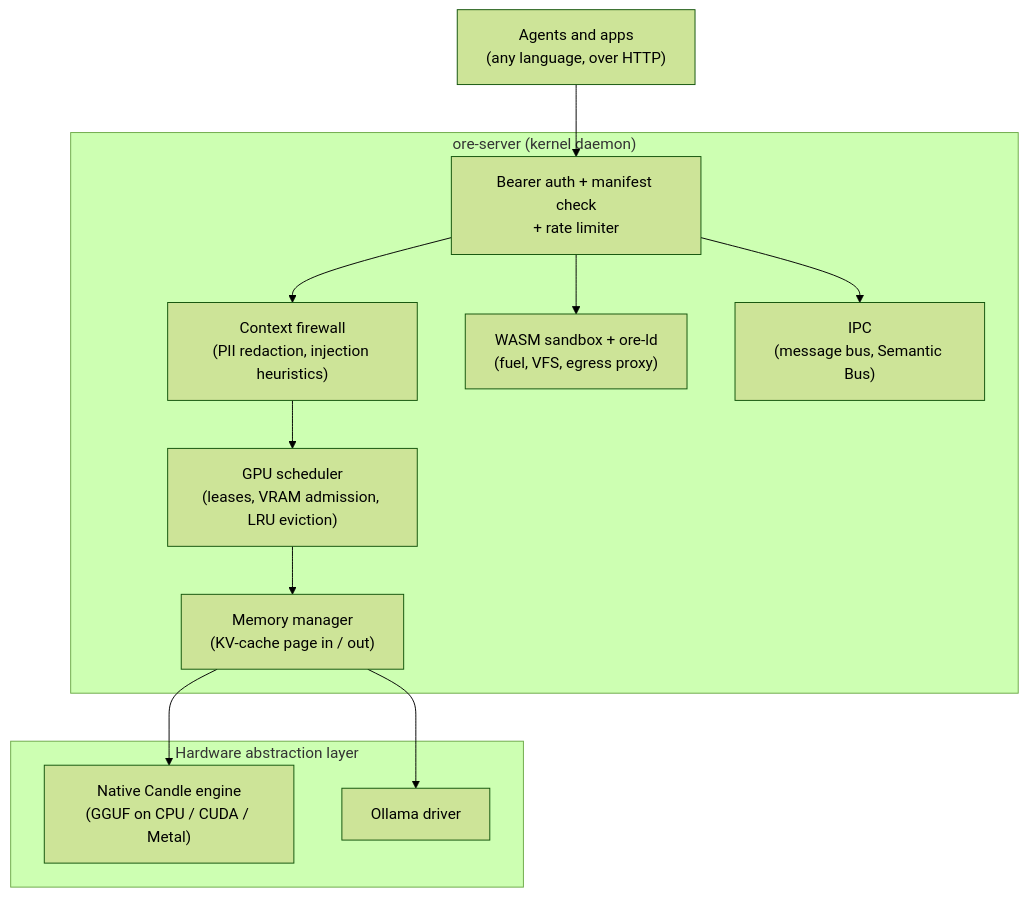
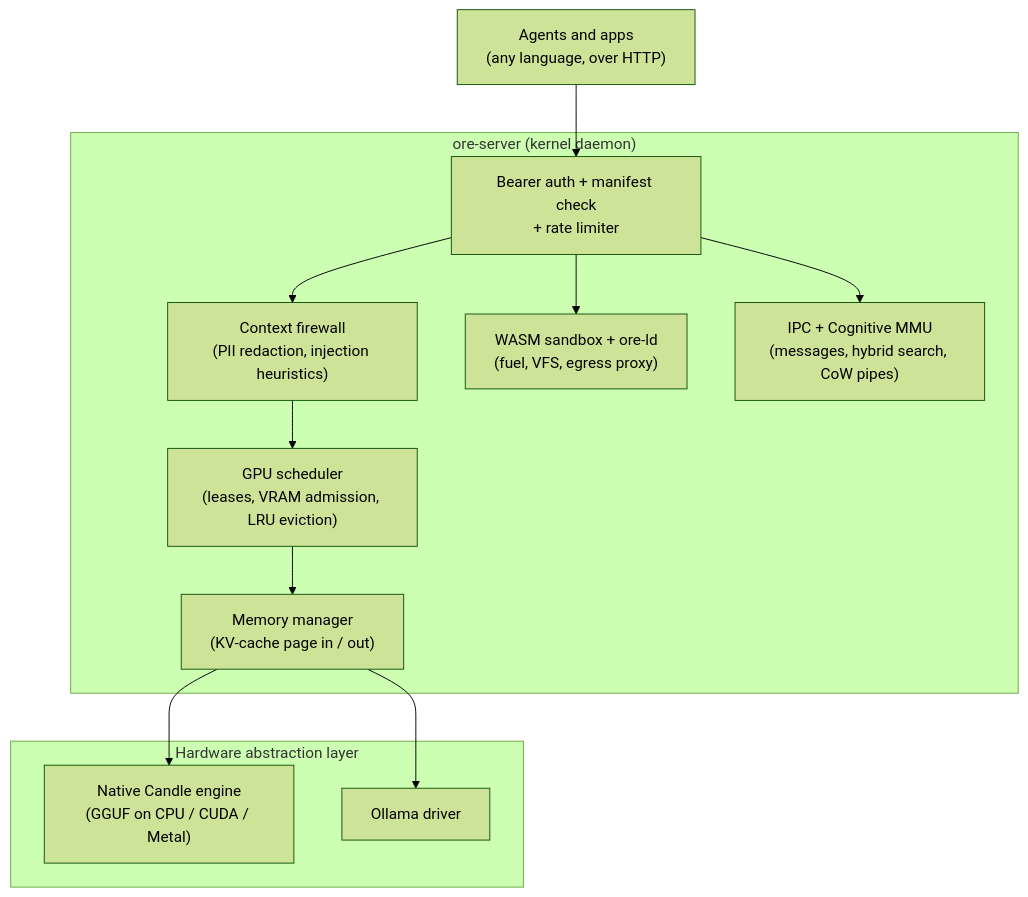
One commit to Mahavishnu-K/ore-kernel changed the diagram in README.md. Above: the diagram before and after it, drawn with Mermaid (forest theme). The commit also changed other lines of this file and 12 other files, not shown here.

First line of the commit message:
docs: refactor documentation for IPC and Semantic Bus

````diff
--- a/README.md
+++ b/README.md
@@ -255,25 +255,25 @@
 ```mermaid
 flowchart TB
     apps["Agents and apps<br/>(any language, over HTTP)"]
 
     subgraph kernel["ore-server (kernel daemon)"]
         auth["Bearer auth + manifest check<br/>+ rate limiter"]
         fw["Context firewall<br/>(PII redaction, injection heuristics)"]
         sched["GPU scheduler<br/>(leases, VRAM admission, LRU eviction)"]
         mem["Memory manager<br/>(KV-cache page in / out)"]
         sandbox["WASM sandbox + ore-ld<br/>(fuel, VFS, egress proxy)"]
-        ipc["IPC<br/>(message bus, Semantic Bus)"]
+        ipc["IPC + Cognitive MMU<br/>(messages, hybrid search, CoW pipes)"]
         auth --> fw --> sched --> mem
         auth --> sandbox
         auth --> ipc
     end
 
     subgraph hal["Hardware abstraction layer"]
         native["Native Candle engine<br/>(GGUF on CPU / CUDA / Metal)"]
         ollama["Ollama driver"]
     end
 
     apps --> auth
     mem --> native
     mem --> ollama
 ```
````
